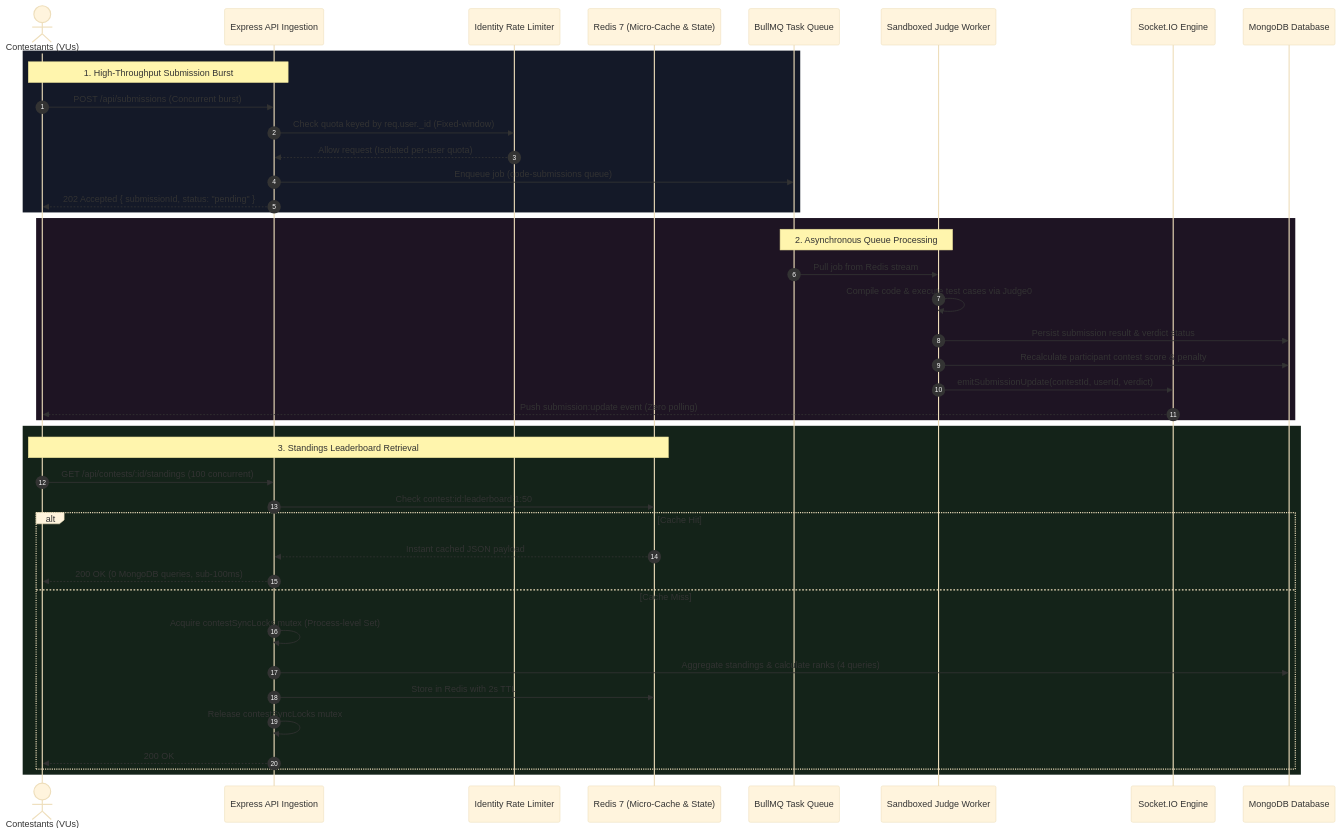
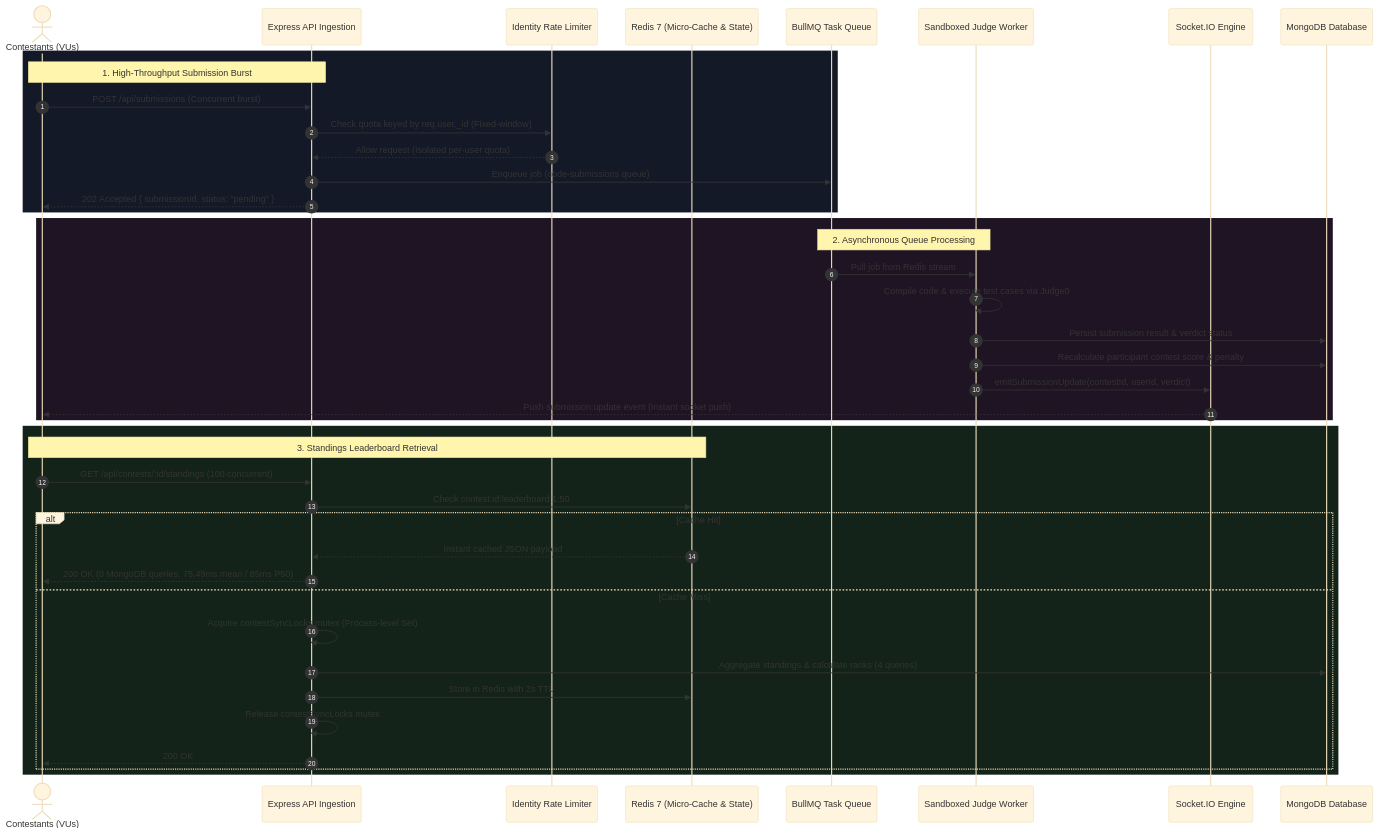
The second of 2 diagrams in backend/LOAD_TEST_REPORT.md (Nitin-kanojiya26/Coding-platform), drawn with Mermaid (base theme) before and after one commit. The commit also changed other lines of this file and 26 other files, not shown here.

````diff
--- a/backend/LOAD_TEST_REPORT.md
+++ b/backend/LOAD_TEST_REPORT.md
@@ -90,47 +105,47 @@
 ```mermaid
 sequenceDiagram
     autonumber
     actor User as Contestants (VUs)
     participant API as Express API Ingestion
     participant Limiter as Identity Rate Limiter
     participant RedisCache as Redis 7 (Micro-Cache & State)
     participant BullMQ as BullMQ Task Queue
     participant Worker as Sandboxed Judge Worker
     participant Sockets as Socket.IO Engine
     participant Mongo as MongoDB Database
 
     rect rgb(20, 25, 40)
         note over User, API: 1. High-Throughput Submission Burst
         User->>API: POST /api/submissions (Concurrent burst)
         API->>Limiter: Check quota keyed by req.user._id (Fixed-window)
         Limiter-->>API: Allow request (Isolated per-user quota)
         API->>BullMQ: Enqueue job (code-submissions queue)
         API-->>User: 202 Accepted { submissionId, status: "pending" }
     end
 
     rect rgb(30, 20, 35)
         note over BullMQ, Worker: 2. Asynchronous Queue Processing
         BullMQ->>Worker: Pull job from Redis stream
         Worker->>Worker: Compile code & execute test cases via Judge0
         Worker->>Mongo: Persist submission result & verdict status
         Worker->>Mongo: Recalculate participant contest score & penalty
         Worker->>Sockets: emitSubmissionUpdate(contestId, userId, verdict)
-        Sockets-->>User: Push submission:update event (Zero polling)
+        Sockets-->>User: Push submission:update event (Instant socket push)
     end
 
     rect rgb(20, 35, 25)
         note over User, RedisCache: 3. Standings Leaderboard Retrieval
         User->>API: GET /api/contests/:id/standings (100 concurrent)
         API->>RedisCache: Check contest:id:leaderboard:1:50
         alt Cache Hit
             RedisCache-->>API: Instant cached JSON payload
-            API-->>User: 200 OK (0 MongoDB queries, sub-100ms)
+            API-->>User: 200 OK (0 MongoDB queries, 75.49ms mean / 85ms P50)
         else Cache Miss
             API->>API: Acquire contestSyncLocks mutex (Process-level Set)
             API->>Mongo: Aggregate standings & calculate ranks (4 queries)
             API->>RedisCache: Store in Redis with 2s TTL
             API->>API: Release contestSyncLocks mutex
             API-->>User: 200 OK
         end
     end
 ```
````
